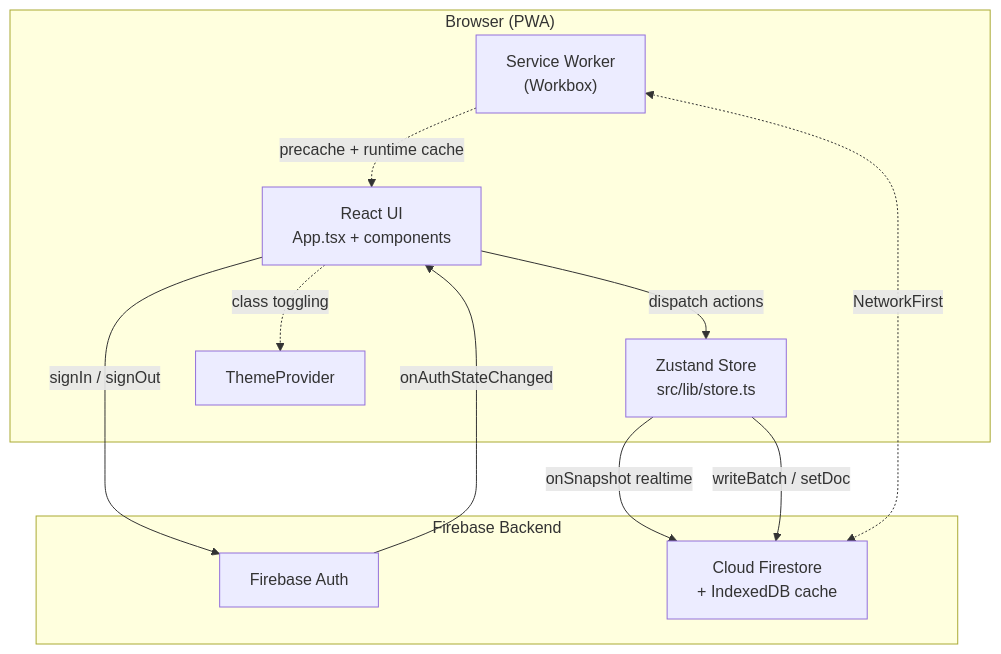
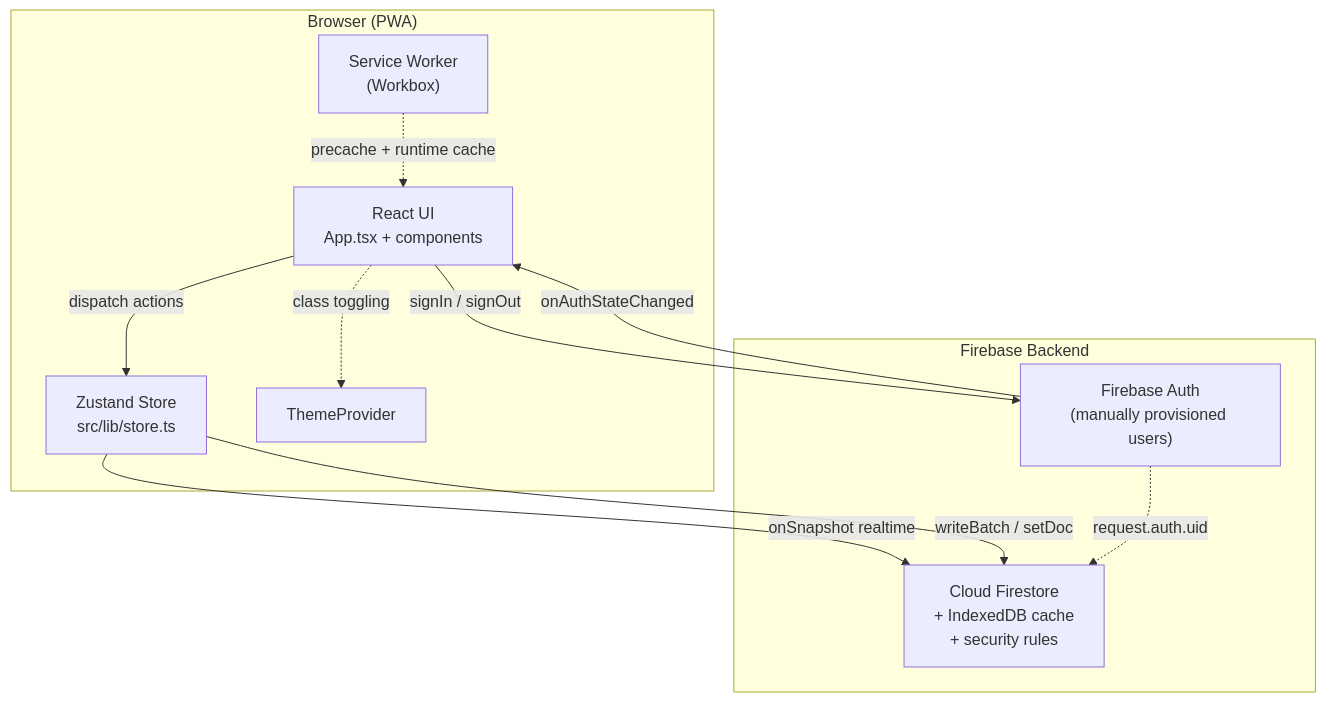
One commit to kalmux1/Kalcy changed the first of 10 diagrams in README.md. Above: the diagram before and after it, drawn with Mermaid. The commit also changed other lines of this file and 1 other file, not shown here.

````diff
--- a/README.md
+++ b/README.md
@@ -134,23 +159,23 @@
 ```mermaid
 graph TD
     subgraph Browser["Browser (PWA)"]
         UI["React UI<br/>App.tsx + components"]
         Store["Zustand Store<br/>src/lib/store.ts"]
         Theme["ThemeProvider"]
         SW["Service Worker<br/>(Workbox)"]
     end
 
     subgraph Firebase["Firebase Backend"]
-        Auth["Firebase Auth"]
-        FS["Cloud Firestore<br/>+ IndexedDB cache"]
+        Auth["Firebase Auth<br/>(manually provisioned users)"]
+        FS["Cloud Firestore<br/>+ IndexedDB cache<br/>+ security rules"]
     end
 
     UI -->|dispatch actions| Store
     Store -->|onSnapshot realtime| FS
     Store -->|writeBatch / setDoc| FS
     UI -->|signIn / signOut| Auth
     Auth -->|onAuthStateChanged| UI
+    Auth -.->|request.auth.uid| FS
     UI -.->|class toggling| Theme
     SW -.->|precache + runtime cache| UI
-    SW <-.->|NetworkFirst| FS
 ```
````
